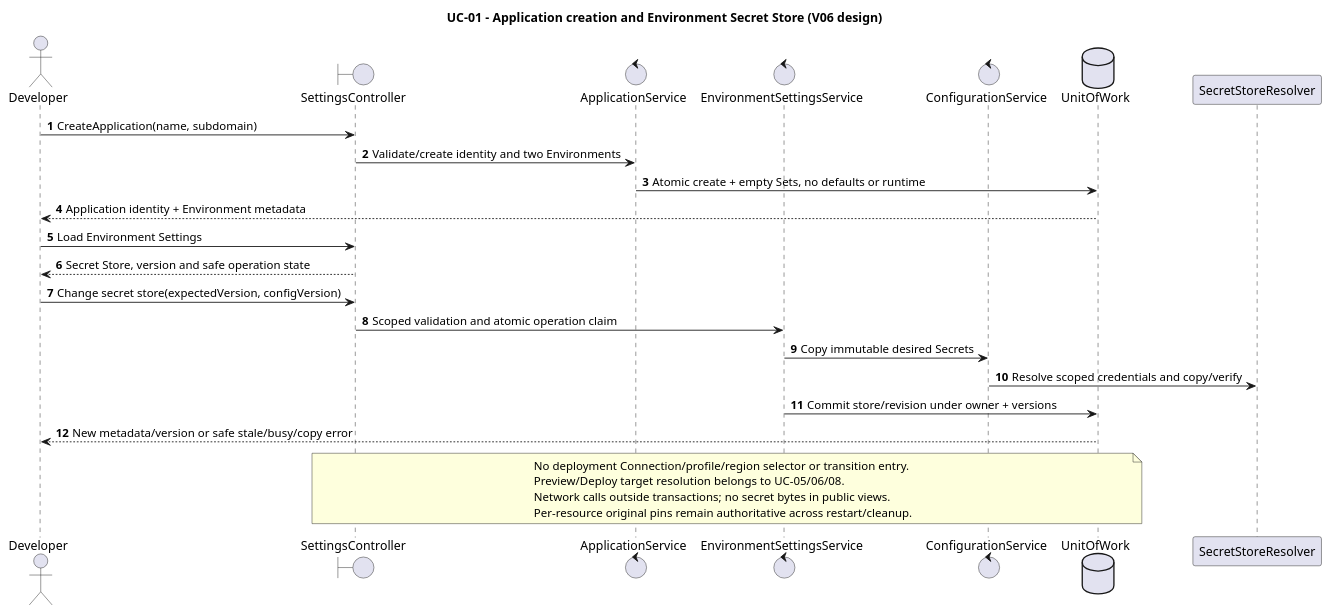
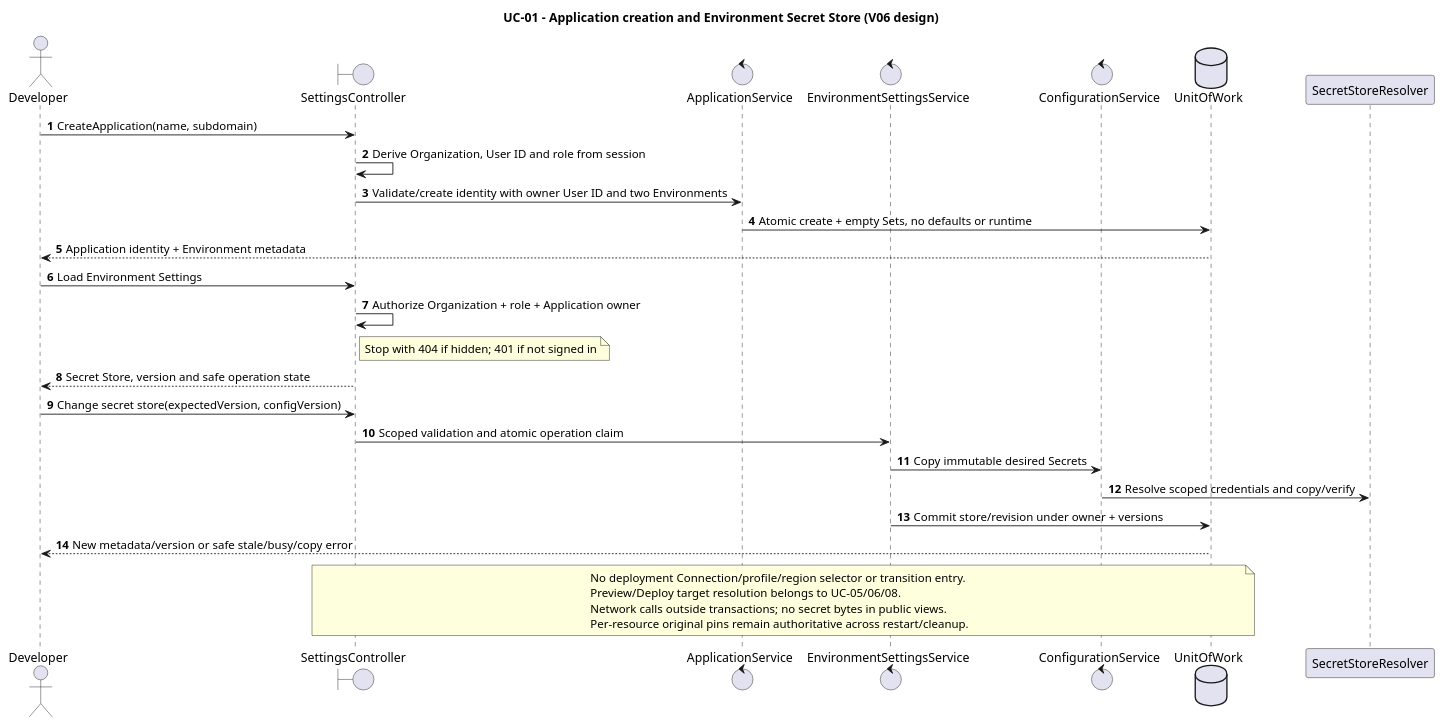
Before and after one commit to pr3s3nt/poc: the diagram in orchestrator_docs/usecase/UC-01/sequence.puml, drawn with PlantUML. The commit also changed 44 other files, not shown here.

```diff
--- a/orchestrator_docs/usecase/UC-01/sequence.puml
+++ b/orchestrator_docs/usecase/UC-01/sequence.puml
@@ -1,29 +1,32 @@
 @startuml
 title UC-01 - Application creation and Environment Secret Store (V06 design)
 autonumber
 actor Developer as Dev
 boundary SettingsController as API
 control ApplicationService as Apps
 control EnvironmentSettingsService as Settings
 control ConfigurationService as Config
 database UnitOfWork as DB
 participant SecretStoreResolver as Stores
 Dev -> API: CreateApplication(name, subdomain)
-API -> Apps: Validate/create identity and two Environments
+API -> API: Derive Organization, User ID and role from session
+API -> Apps: Validate/create identity with owner User ID and two Environments
 Apps -> DB: Atomic create + empty Sets, no defaults or runtime
 DB --> Dev: Application identity + Environment metadata
 Dev -> API: Load Environment Settings
+API -> API: Authorize Organization + role + Application owner
+note right of API: Stop with 404 if hidden; 401 if not signed in
 API --> Dev: Secret Store, version and safe operation state
 Dev -> API: Change secret store(expectedVersion, configVersion)
 API -> Settings: Scoped validation and atomic operation claim
 Settings -> Config: Copy immutable desired Secrets
 Config -> Stores: Resolve scoped credentials and copy/verify
 Settings -> DB: Commit store/revision under owner + versions
 DB --> Dev: New metadata/version or safe stale/busy/copy error
 note over API,DB
 No deployment Connection/profile/region selector or transition entry.
 Preview/Deploy target resolution belongs to UC-05/06/08.
 Network calls outside transactions; no secret bytes in public views.
 Per-resource original pins remain authoritative across restart/cleanup.
 end note
 @enduml
```
